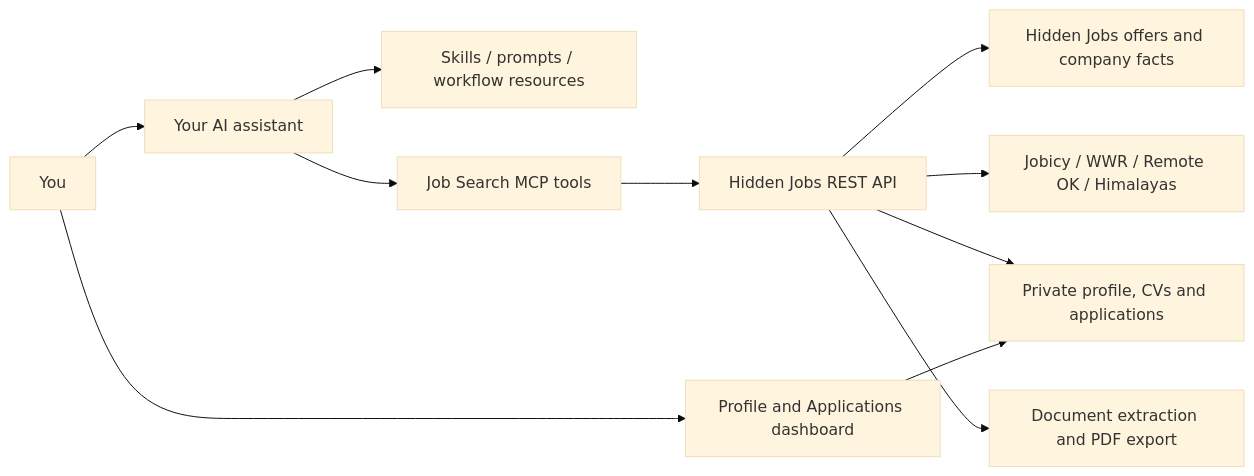
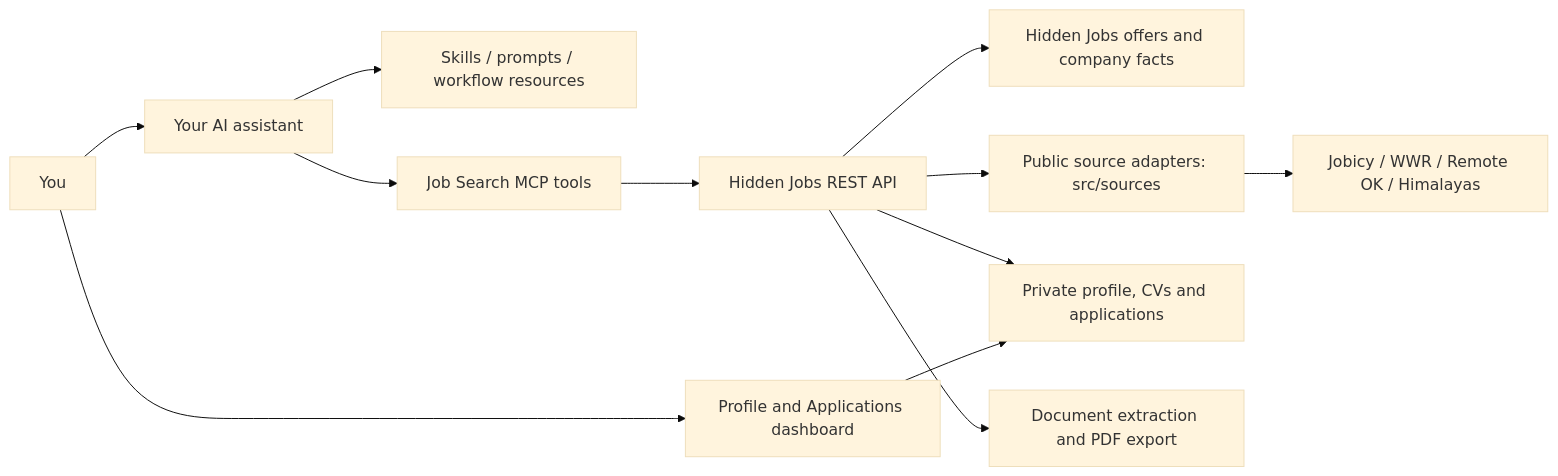
The diagram in docs/architecture.md (hiddenjobs/job-search-mcp), drawn with Mermaid (base theme) before and after one commit. The commit also changed 11 other files, not shown here.

First line of the commit message:
Publish existing external-source adapters for shared backend reuse (#10)

````diff
--- a/docs/architecture.md
+++ b/docs/architecture.md
@@ -3,13 +3,14 @@
 ```mermaid
 flowchart LR
     User[You] --> Assistant[Your AI assistant]
     Assistant --> Instructions[Skills / prompts / workflow resources]
     Assistant --> MCP[Job Search MCP tools]
     MCP --> REST[Hidden Jobs REST API]
     REST --> Jobs[Hidden Jobs offers and company facts]
-    REST --> Sources[Jobicy / WWR / Remote OK / Himalayas]
+    REST --> Adapters[Public source adapters: src/sources]
+    Adapters --> Sources[Jobicy / WWR / Remote OK / Himalayas]
     REST --> Career[Private profile, CVs and applications]
     REST --> Files[Document extraction and PDF export]
     User --> Account[Profile and Applications dashboard]
     Account --> Career
 ```
````
